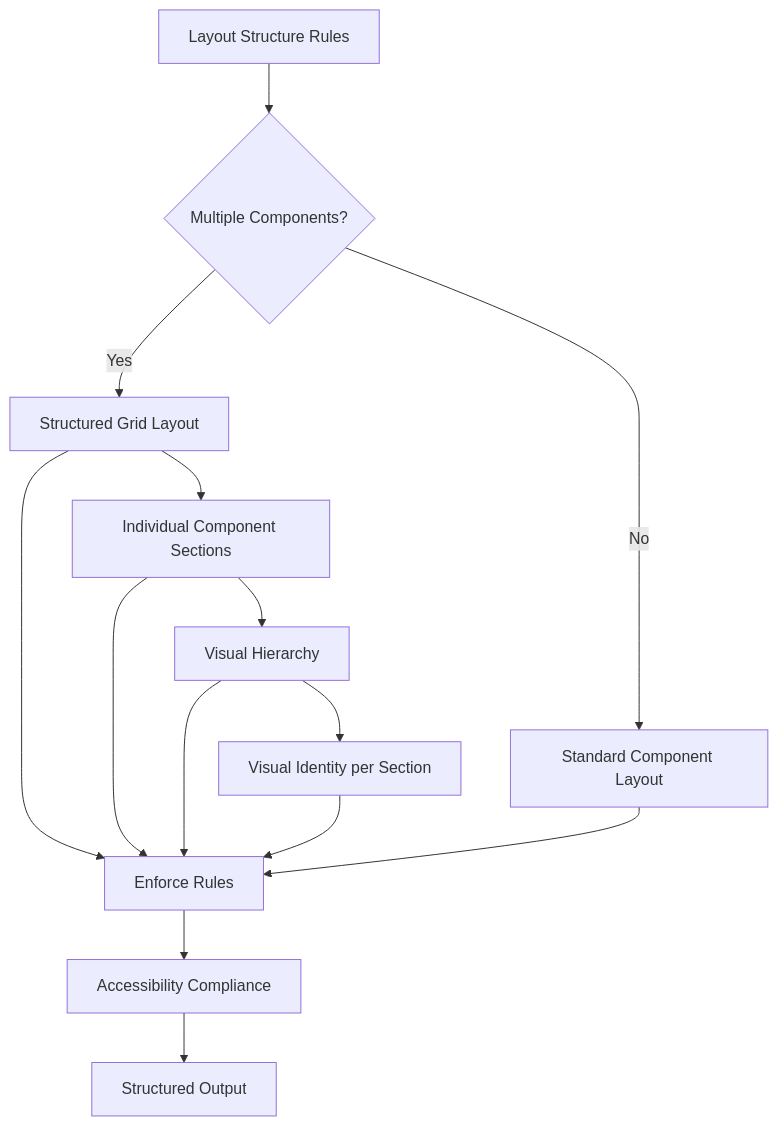
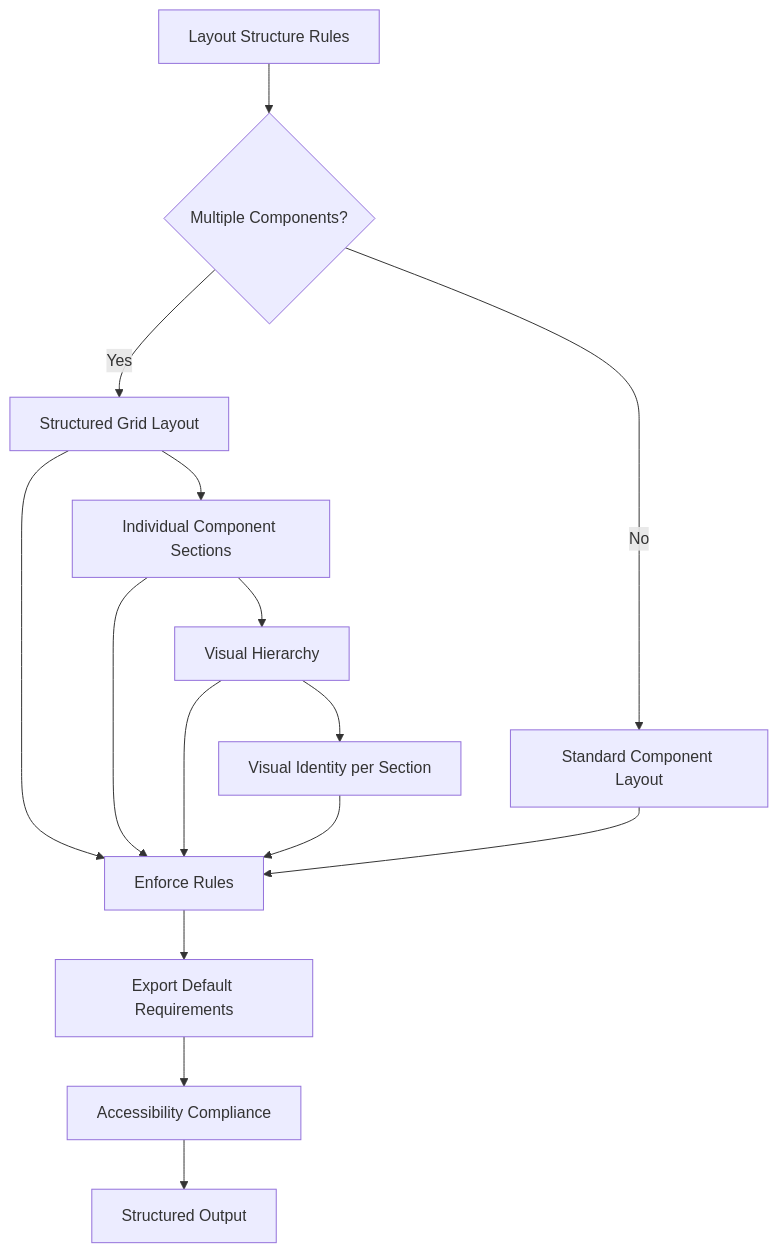
One commit to shekhargiri005-dotcom/AI-powered-accessibility-first-UI-engine changed the tenth of 11 diagrams in .qoder/repowiki/en/content/AI Generation Engine/AI Generation Engine.md. Above: the diagram before and after it, drawn with Mermaid. The commit also changed other lines of this file and 6 other files, not shown here.

````diff
--- a/.qoder/repowiki/en/content/AI Generation Engine/AI Generation Engine.md
+++ b/.qoder/repowiki/en/content/AI Generation Engine/AI Generation Engine.md
@@ -577,16 +584,17 @@
 ```mermaid
 flowchart TD
 LayoutRules["Layout Structure Rules"] --> MultiComp{"Multiple Components?"}
 MultiComp -- Yes --> GridLayout["Structured Grid Layout"]
 GridLayout --> Sectioning["Individual Component Sections"]
 Sectioning --> Hierarchy["Visual Hierarchy"]
 Hierarchy --> Identity["Visual Identity per Section"]
 MultiComp -- No --> StandardLayout["Standard Component Layout"]
 GridLayout --> Enforce["Enforce Rules"]
 Sectioning --> Enforce
 Hierarchy --> Enforce
 Identity --> Enforce
 StandardLayout --> Enforce
-Enforce --> Accessibility["Accessibility Compliance"]
+Enforce --> Export["Export Default Requirements"]
+Export --> Accessibility["Accessibility Compliance"]
 Accessibility --> Output["Structured Output"]
 ```
````
